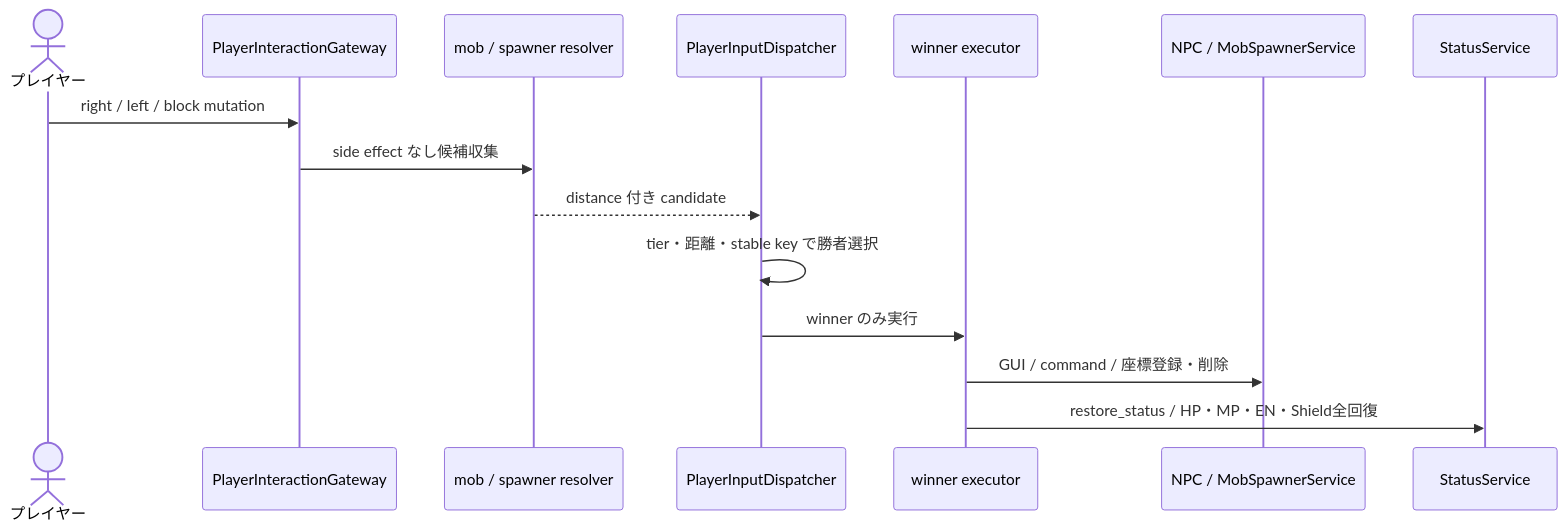
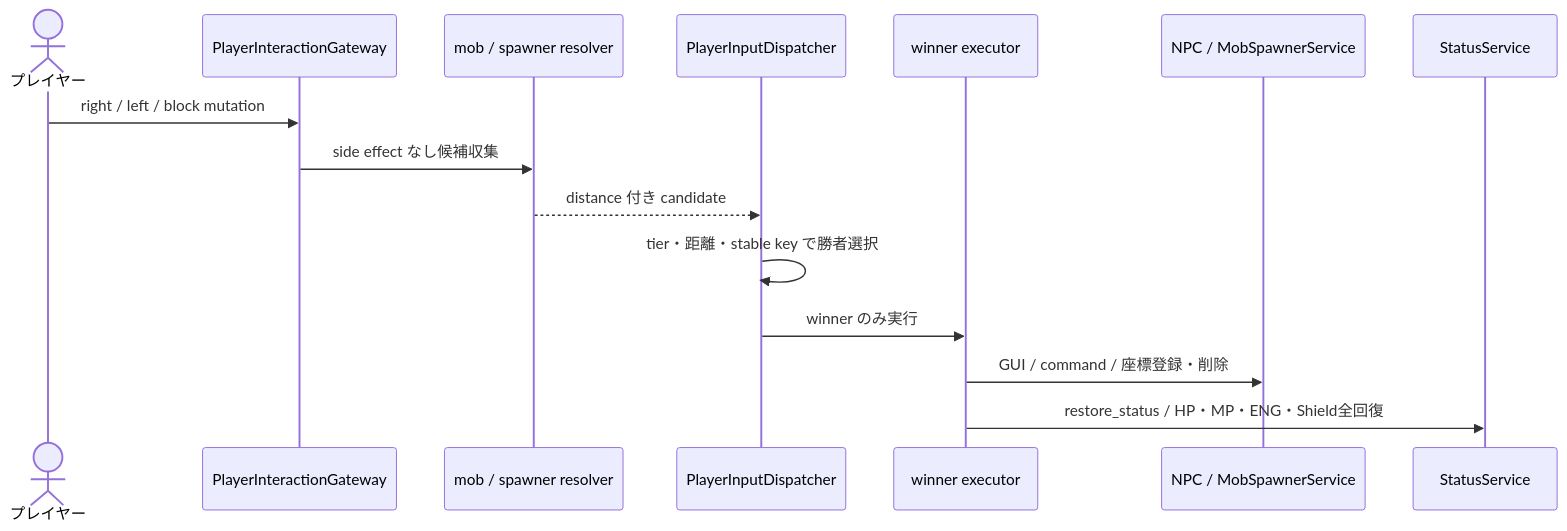
The sixth of 7 diagrams in 00_docs/10_Plugin設計書/feature/12-mob/12_4-統合フロー.md (maaasu/AstralRecord-Workspace), drawn with Mermaid before and after one commit. The commit also changed other lines of this file and 49 other files, not shown here.

````diff
--- a/00_docs/10_Plugin設計書/feature/12-mob/12_4-統合フロー.md
+++ b/00_docs/10_Plugin設計書/feature/12-mob/12_4-統合フロー.md
@@ -171,18 +171,18 @@
 ```mermaid
 sequenceDiagram
     actor Player as プレイヤー
     participant Gateway as PlayerInteractionGateway
     participant Resolver as mob / spawner resolver
     participant Dispatcher as PlayerInputDispatcher
     participant Executor as winner executor
     participant Service as NPC / MobSpawnerService
     participant Status as StatusService
 
     Player->>Gateway: right / left / block mutation
     Gateway->>Resolver: side effect なし候補収集
     Resolver-->>Dispatcher: distance 付き candidate
     Dispatcher->>Dispatcher: tier・距離・stable key で勝者選択
     Dispatcher->>Executor: winner のみ実行
     Executor->>Service: GUI / command / 座標登録・削除
-    Executor->>Status: restore_status / HP・MP・EN・Shield全回復
+    Executor->>Status: restore_status / HP・MP・ENG・Shield全回復
 ```
````
